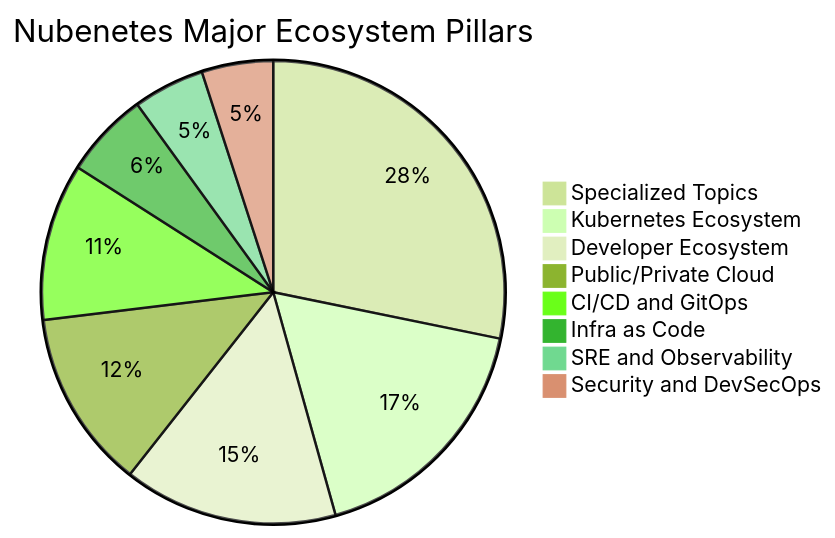
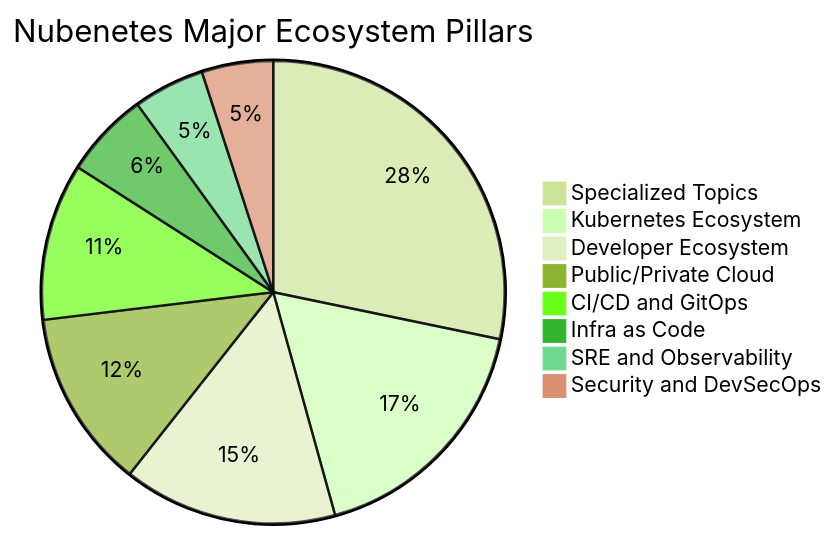
One commit to nubenetes/awesome-kubernetes changed the second of 14 diagrams in README.md. Above: the diagram before and after it, drawn with Mermaid (forest theme). The commit also changed other lines of this file and 167 other files, not shown here.

````diff
--- a/README.md
+++ b/README.md
@@ -308,11 +308,11 @@
 ```mermaid
 pie title Nubenetes Major Ecosystem Pillars
-    "Specialized Topics" : 5659
+    "Specialized Topics" : 5670
     "Kubernetes Ecosystem" : 3500
     "Developer Ecosystem" : 3000
     "Public/Private Cloud" : 2500
     "CI/CD and GitOps" : 2200
     "Infra as Code" : 1200
     "SRE and Observability" : 1000
     "Security and DevSecOps" : 1000
 ```
````
